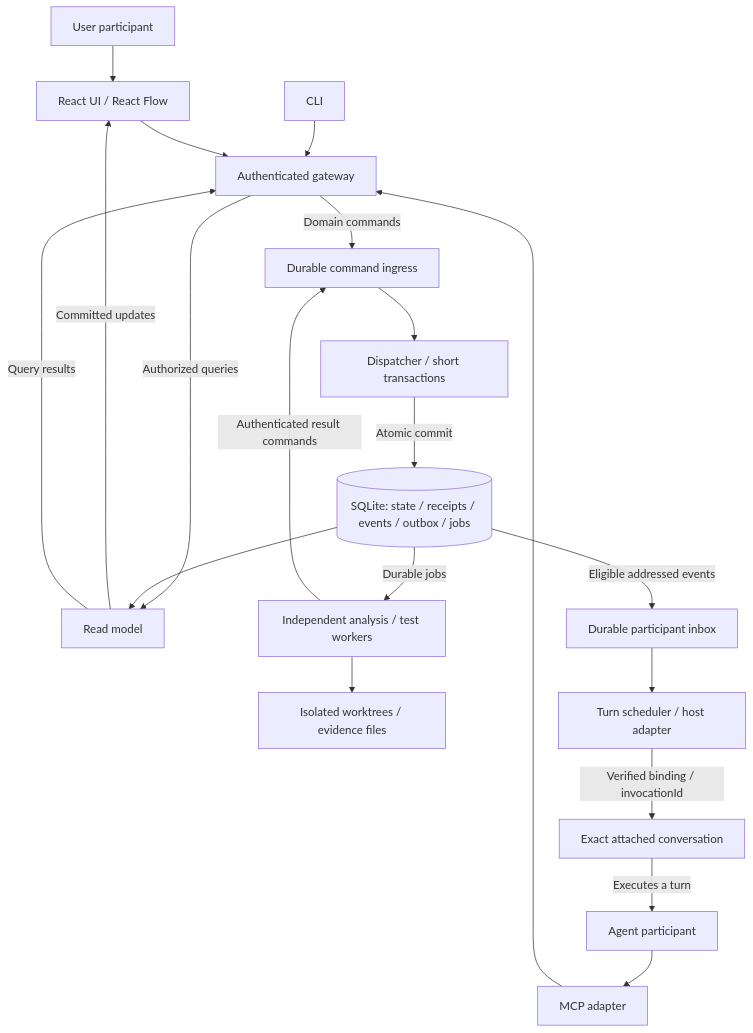
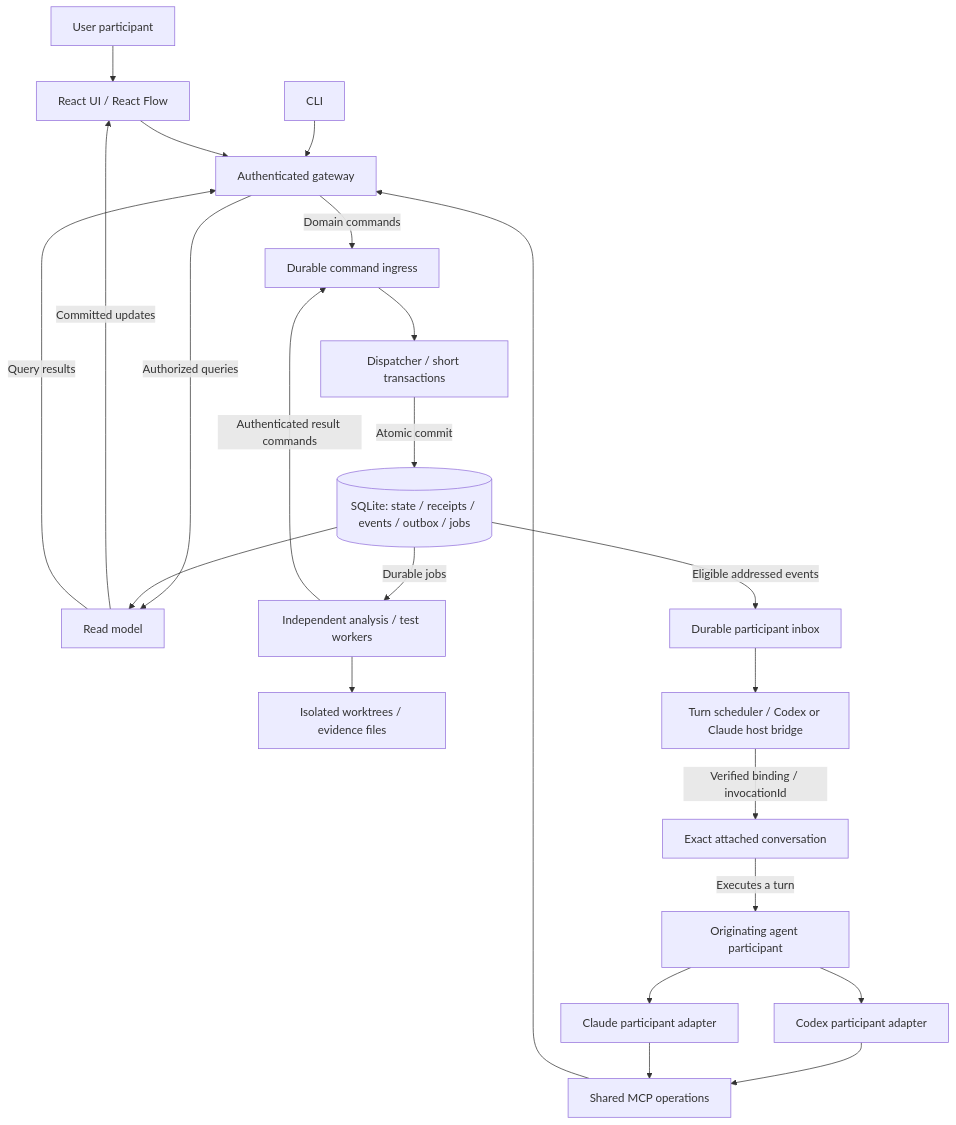
One commit to scottchu/pr-reviewer changed the diagram in docs/architecture.md. Above: the diagram before and after it, drawn with Mermaid. The commit also changed other lines of this file and 7 other files, not shown here.

````diff
--- a/docs/architecture.md
+++ b/docs/architecture.md
@@ -41,22 +41,25 @@
 ```mermaid
 flowchart TB
   User[User participant] --> UI[React UI / React Flow]
-  Agent[Agent participant] --> MCP[MCP adapter]
+  Agent[Originating agent participant] --> Codex[Codex participant adapter]
+  Agent --> Claude[Claude participant adapter]
+  Codex --> MCP[Shared MCP operations]
+  Claude --> MCP
   CLI[CLI] --> Gateway[Authenticated gateway]
   UI --> Gateway
   MCP --> Gateway
   Gateway -->|Authorized queries| Read[Read model]
   Gateway -->|Domain commands| Queue[Durable command ingress]
   Queue --> Dispatcher[Dispatcher / short transactions]
   Dispatcher -->|Atomic commit| DB[(SQLite: state / receipts / events / outbox / jobs)]
   DB --> Read
   Read -->|Committed updates| UI
   Read -->|Query results| Gateway
   DB -->|Durable jobs| Workers[Independent analysis / test workers]
   Workers --> Artifacts[Isolated worktrees / evidence files]
   Workers -->|Authenticated result commands| Queue
   DB -->|Eligible addressed events| Inbox[Durable participant inbox]
-  Inbox --> Scheduler[Turn scheduler / host adapter]
+  Inbox --> Scheduler[Turn scheduler / Codex or Claude host bridge]
   Scheduler -->|Verified binding / invocationId| Conversation[Exact attached conversation]
   Conversation -->|Executes a turn| Agent
 ```
````
